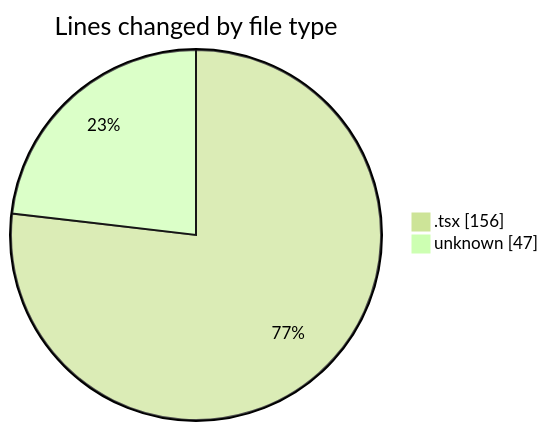
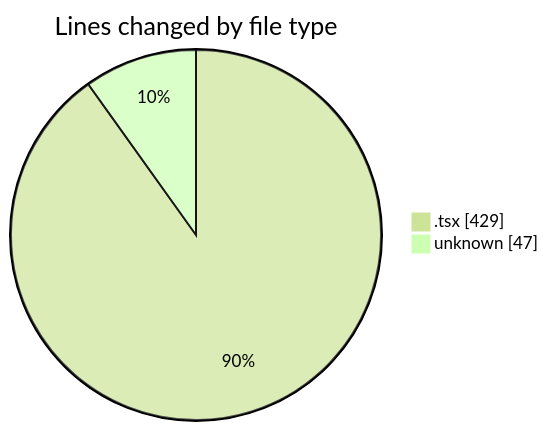
Before and after one commit to momahboobian/code-tracking: the first of 2 diagrams in 2025-09-18/cda/README.md, drawn with Mermaid (forest theme). The commit also changed other lines of this file and 1 other file, not shown here.

````diff
--- a/2025-09-18/cda/README.md
+++ b/2025-09-18/cda/README.md
@@ -23,6 +23,6 @@
 ```mermaid
 pie showData
 title Lines changed by file type
-".tsx" : 156
+".tsx" : 429
 "unknown" : 47
 ```
````
